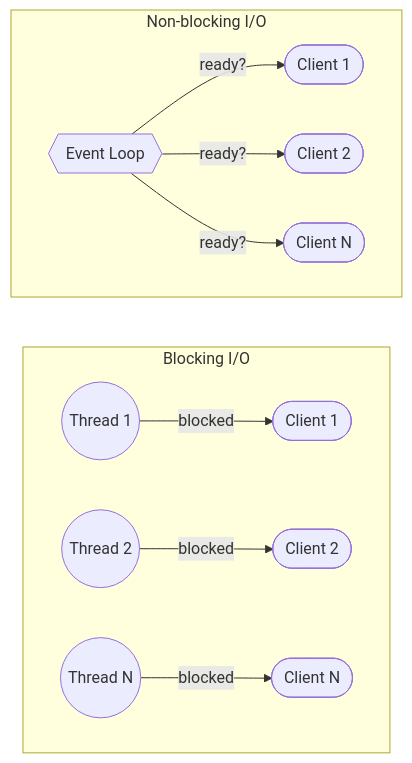
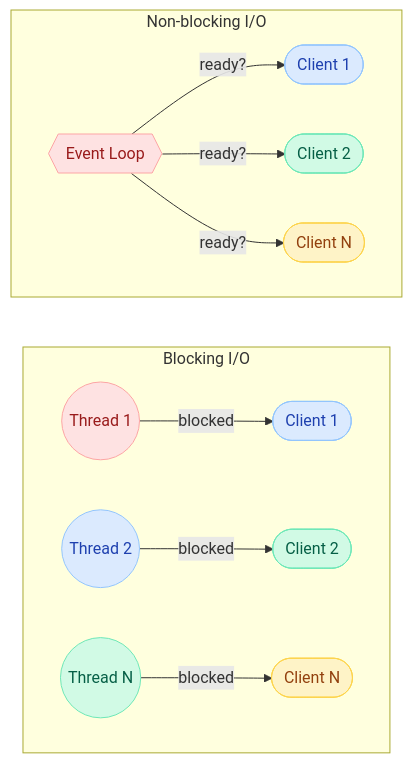
One commit to saivamsikaruturi/vamsilabs-dev-notes-main changed the fifth of 8 diagrams in docs/java/NIO.md. Above: the diagram before and after it, drawn with Mermaid. The commit also changed other lines of this file and 220 other files, not shown here.

First line of the commit message:
Add 50+ new Java/Spring Boot pages, rewrite CSS code blocks to Oracle style, fix all diagram colors

````diff
--- a/docs/java/NIO.md
+++ b/docs/java/NIO.md
@@ -179,15 +192,26 @@
 ```mermaid
 flowchart LR
     subgraph "Blocking I/O"
         direction LR
         T1(("Thread 1")) -->|blocked| C1(["Client 1"])
         T2(("Thread 2")) -->|blocked| C2(["Client 2"])
         TN(("Thread N")) -->|blocked| CN(["Client N"])
     end
     subgraph "Non-blocking I/O"
         direction LR
         ET{{"Event Loop"}} -->|ready?| NC1(["Client 1"])
         ET -->|ready?| NC2(["Client 2"])
         ET -->|ready?| NCN(["Client N"])
     end
+
+    style C1 fill:#DBEAFE,stroke:#93C5FD,color:#1E40AF
+    style C2 fill:#D1FAE5,stroke:#6EE7B7,color:#065F46
+    style CN fill:#FEF3C7,stroke:#FCD34D,color:#92400E
+    style ET fill:#FEE2E2,stroke:#FCA5A5,color:#991B1B
+    style NC1 fill:#DBEAFE,stroke:#93C5FD,color:#1E40AF
+    style NC2 fill:#D1FAE5,stroke:#6EE7B7,color:#065F46
+    style NCN fill:#FEF3C7,stroke:#FCD34D,color:#92400E
+    style T1 fill:#FEE2E2,stroke:#FCA5A5,color:#991B1B
+    style T2 fill:#DBEAFE,stroke:#93C5FD,color:#1E40AF
+    style TN fill:#D1FAE5,stroke:#6EE7B7,color:#065F46
 ```
````
